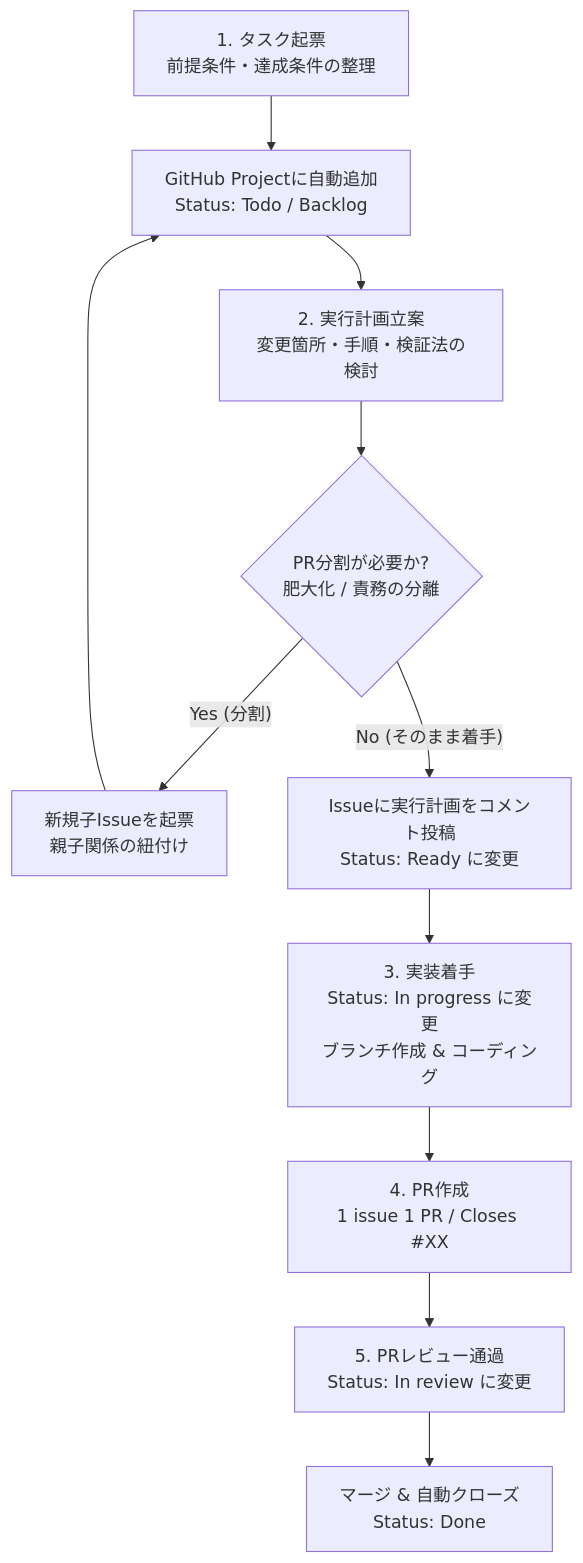
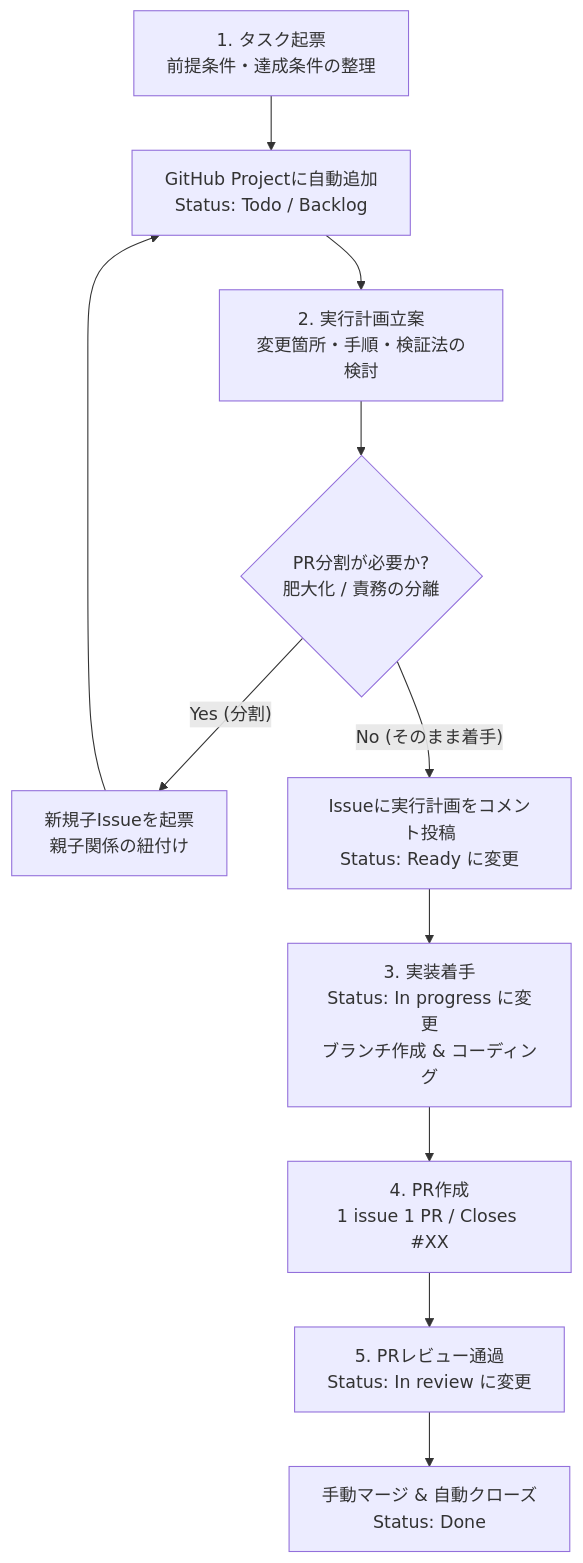
One commit to walk8243/langgraph-statcast-agent changed the diagram in docs/workflow.md. Above: the diagram before and after it, drawn with Mermaid. The commit also changed other lines of this file and 3 other files, not shown here.

````diff
--- a/docs/workflow.md
+++ b/docs/workflow.md
@@ -12,15 +12,15 @@
 ```mermaid
 flowchart TD
     A[1. タスク起票<br/>前提条件・達成条件の整理] --> B[GitHub Projectに自動追加<br/>Status: Todo / Backlog]
     B --> C[2. 実行計画立案<br/>変更箇所・手順・検証法の検討]
     C --> D{PR分割が必要か?<br/>肥大化 / 責務の分離}
     
     D -- Yes (分割) --> E[新規子Issueを起票<br/>親子関係の紐付け]
     E --> B
     
     D -- No (そのまま着手) --> F[Issueに実行計画をコメント投稿<br/>Status: Ready に変更]
     F --> G[3. 実装着手<br/>Status: In progress に変更<br/>ブランチ作成 & コーディング]
     G --> H[4. PR作成<br/>1 issue 1 PR / Closes #XX]
     H --> I[5. PRレビュー通過<br/>Status: In review に変更]
-    I --> J[マージ & 自動クローズ<br/>Status: Done]
+    I --> J[手動マージ & 自動クローズ<br/>Status: Done]
 ```
````
